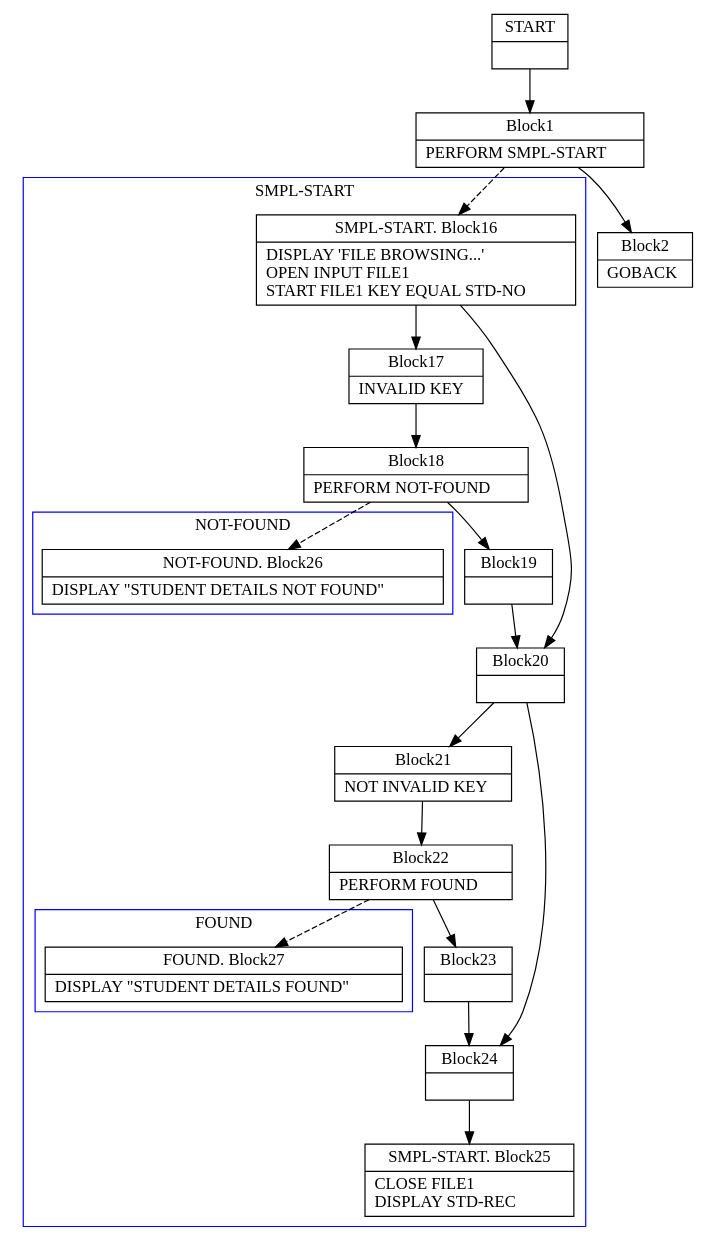
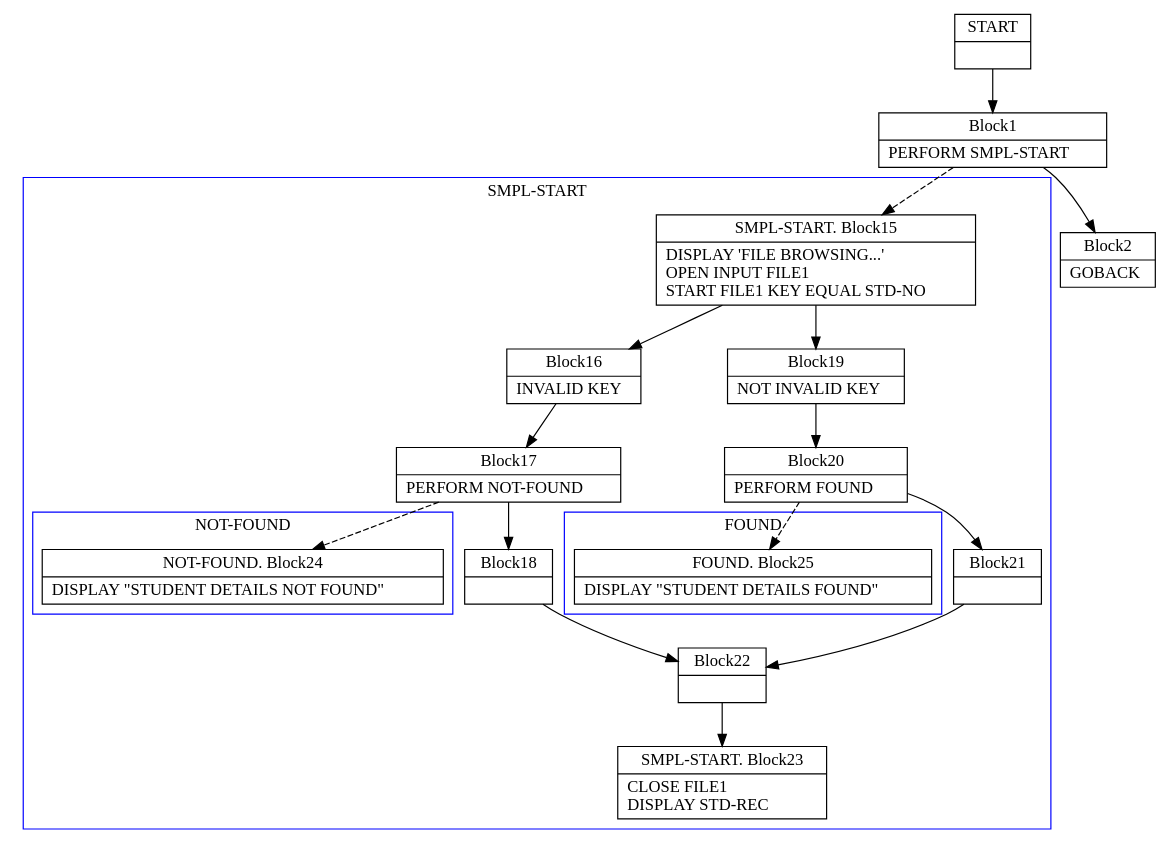
Before and after one commit to TypeCobolTeam/TypeCobol: the diagram in TypeCobol.Analysis.Test/BasicCfgInstrs/Start0.dot, drawn with Graphviz. The commit also changed 5 other files, not shown here.

```diff
--- a/TypeCobol.Analysis.Test/BasicCfgInstrs/Start0.dot
+++ b/TypeCobol.Analysis.Test/BasicCfgInstrs/Start0.dot
@@ -1,90 +1,85 @@
 digraph Cfg {
 compound=true;
 node [
 shape = "record"
 ]
 
 edge [
 arrowtail = "empty"
 ]
 Block0 [
 label = "{START|}"
 ]
 Block1 [
 label = "{Block1|    PERFORM SMPL-START\l}"
 ]
 subgraph cluster_1{
 color = blue;
 label = "SMPL-START";
+Block15 [
+label = "{SMPL-START. Block15|    DISPLAY 'FILE BROWSING...'\l    OPEN INPUT FILE1\l    START FILE1 KEY EQUAL STD-NO\l}"
+]
 Block16 [
-label = "{SMPL-START. Block16|    DISPLAY 'FILE BROWSING...'\l    OPEN INPUT FILE1\l    START FILE1 KEY EQUAL STD-NO\l}"
+label = "{Block16|       INVALID KEY\l}"
 ]
 Block17 [
-label = "{Block17|       INVALID KEY\l}"
-]
-Block18 [
-label = "{Block18|         PERFORM NOT-FOUND\l}"
+label = "{Block17|         PERFORM NOT-FOUND\l}"
 ]
 subgraph cluster_2{
 color = blue;
 label = "NOT-FOUND";
-Block26 [
-label = "{NOT-FOUND. Block26|    DISPLAY \"STUDENT DETAILS NOT FOUND\"\l}"
+Block24 [
+label = "{NOT-FOUND. Block24|    DISPLAY \"STUDENT DETAILS NOT FOUND\"\l}"
 ]
 
 }
-Block18 -> Block26 [style=dashed]
+Block17 -> Block24 [style=dashed]
 
+Block18 [
+label = "{Block18|}"
+]
+Block22 [
+label = "{Block22|}"
+]
+Block23 [
+label = "{SMPL-START. Block23|    CLOSE FILE1\l    DISPLAY STD-REC\l}"
+]
 Block19 [
-label = "{Block19|}"
+label = "{Block19|       NOT INVALID KEY\l}"
 ]
 Block20 [
-label = "{Block20|}"
-]
-Block21 [
-label = "{Block21|       NOT INVALID KEY\l}"
-]
-Block22 [
-label = "{Block22|         PERFORM FOUND\l}"
+label = "{Block20|         PERFORM FOUND\l}"
 ]
 subgraph cluster_3{
 color = blue;
 label = "FOUND";
-Block27 [
-label = "{FOUND. Block27|    DISPLAY \"STUDENT DETAILS FOUND\"\l}"
+Block25 [
+label = "{FOUND. Block25|    DISPLAY \"STUDENT DETAILS FOUND\"\l}"
 ]
 
 }
-Block22 -> Block27 [style=dashed]
+Block20 -> Block25 [style=dashed]
 
-Block23 [
-label = "{Block23|}"
+Block21 [
+label = "{Block21|}"
 ]
-Block24 [
-label = "{Block24|}"
-]
-Block25 [
-label = "{SMPL-START. Block25|    CLOSE FILE1\l    DISPLAY STD-REC\l}"
-]
+Block15 -> Block16
+Block15 -> Block19
 Block16 -> Block17
-Block16 -> Block20
 Block17 -> Block18
-Block18 -> Block19
+Block18 -> Block22
+Block22 -> Block23
 Block19 -> Block20
 Block20 -> Block21
-Block20 -> Block24
 Block21 -> Block22
-Block22 -> Block23
-Block23 -> Block24
-Block24 -> Block25
 
 }
-Block1 -> Block16 [style=dashed]
+Block1 -> Block15 [style=dashed]
 
 Block2 [
 label = "{Block2|    GOBACK\l}"
 ]
 Block0 -> Block1
 Block1 -> Block2
 
 }
```
